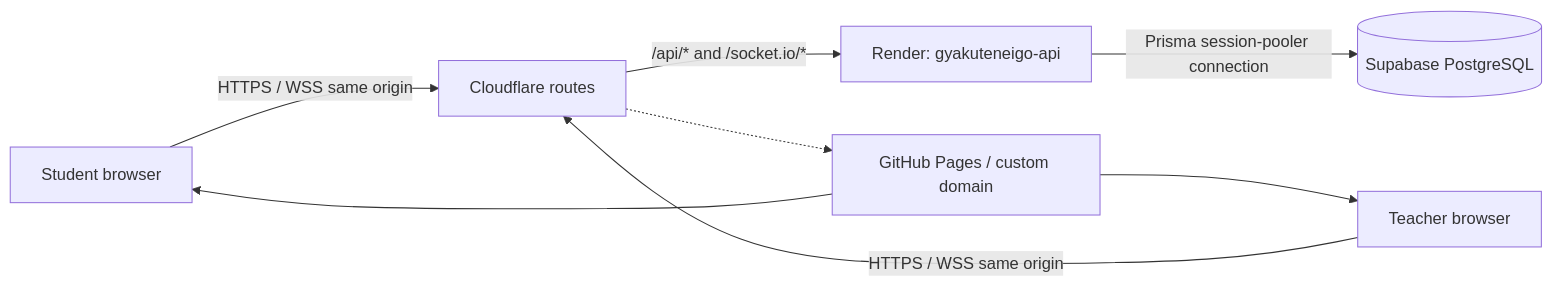
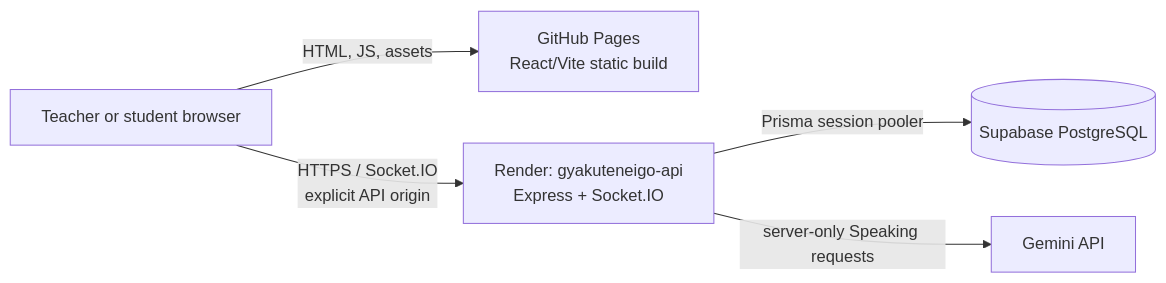
The diagram in docs/online-play.md (susume/GyakutenEigo), drawn with Mermaid before and after one commit. The commit also changed other lines of this file and 5 other files, not shown here.

````diff
--- a/docs/online-play.md
+++ b/docs/online-play.md
@@ -20,10 +12,13 @@
-```mermaid
+~~~mermaid
 flowchart LR
-  Student[Student browser] -->|HTTPS / WSS same origin| Edge[Cloudflare routes]
-  Teacher[Teacher browser] -->|HTTPS / WSS same origin| Edge
-  Edge -->|/api/* and /socket.io/*| API[Render: gyakuteneigo-api]
-  Pages[GitHub Pages / custom domain] --> Student
-  Pages --> Teacher
-  Edge -.-> Pages
-  API -->|Prisma session-pooler connection| DB[(Supabase PostgreSQL)]
-```
+  Browser[Teacher or student browser]
+  Pages[GitHub Pages<br/>React/Vite static build]
+  API[Render: gyakuteneigo-api<br/>Express + Socket.IO]
+  DB[(Supabase PostgreSQL)]
+  Gemini[Gemini API]
+
+  Browser -->|HTML, JS, assets| Pages
+  Browser -->|HTTPS / Socket.IO<br/>explicit API origin| API
+  API -->|Prisma session pooler| DB
+  API -->|server-only Speaking requests| Gemini
+~~~
````
